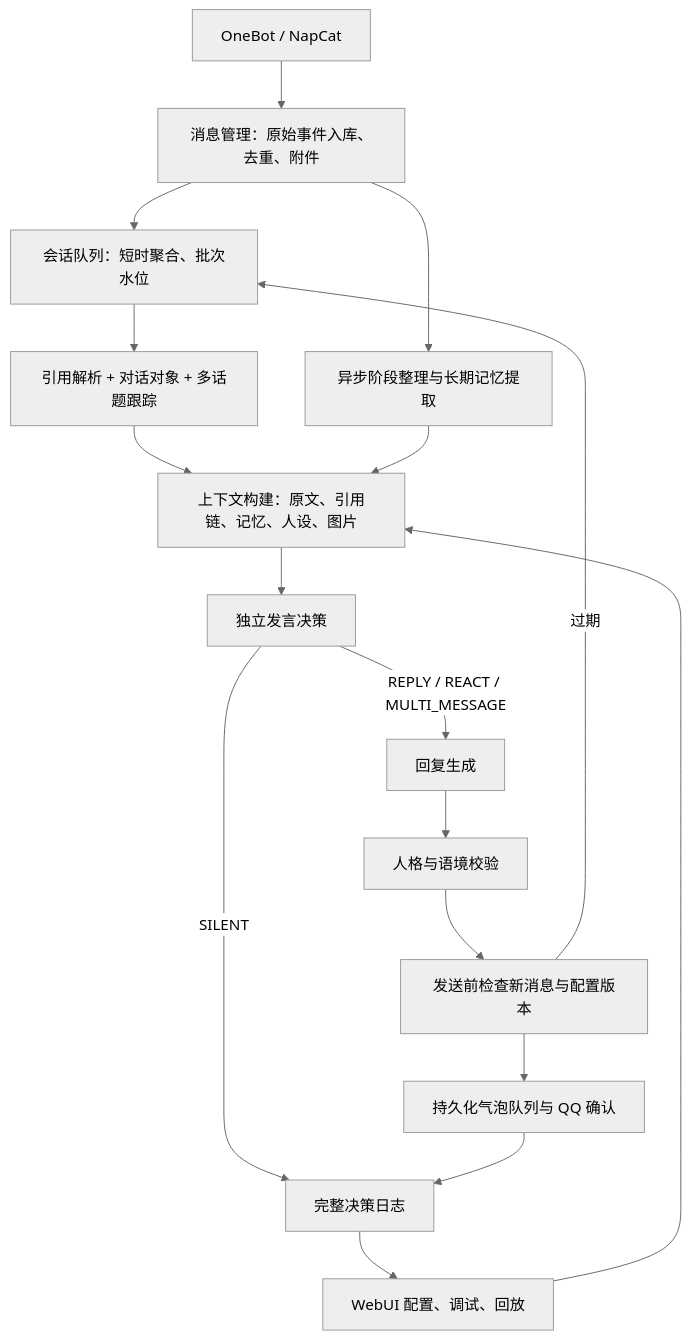
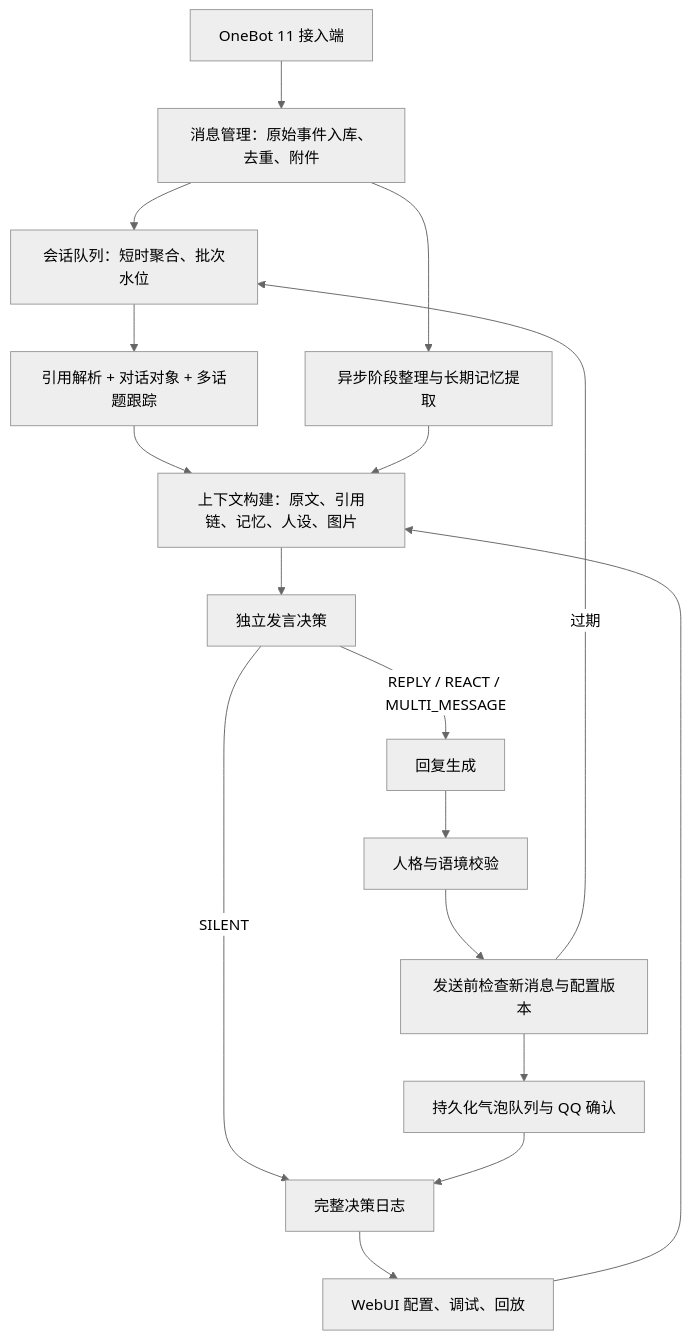
One commit to TodayYueC/LuckyTri changed the diagram in docs/系统重构设计-v1.md. Above: the diagram before and after it, drawn with Mermaid (neutral theme). The commit also changed other lines of this file and 35 other files, not shown here.

Commit message:
refactor: remove bundled NapCat integration and simplify project docs

````diff
--- a/docs/系统重构设计-v1.md
+++ b/docs/系统重构设计-v1.md
@@ -36,19 +36,19 @@
 ```mermaid
 flowchart TD
-  Q[OneBot / NapCat] --> A[消息管理：原始事件入库、去重、附件]
+  Q[OneBot 11 接入端] --> A[消息管理：原始事件入库、去重、附件]
   A --> B[会话队列：短时聚合、批次水位]
   B --> C[引用解析 + 对话对象 + 多话题跟踪]
   C --> D[上下文构建：原文、引用链、记忆、人设、图片]
   D --> E[独立发言决策]
   E -->|SILENT| L[完整决策日志]
   E -->|REPLY / REACT / MULTI_MESSAGE| F[回复生成]
   F --> G[人格与语境校验]
   G --> H[发送前检查新消息与配置版本]
   H -->|过期| B
   H --> I[持久化气泡队列与 QQ 确认]
   I --> L
   A --> M[异步阶段整理与长期记忆提取]
   M --> D
   U[WebUI 配置、调试、回放] --> D
   L --> U
 ```
````
